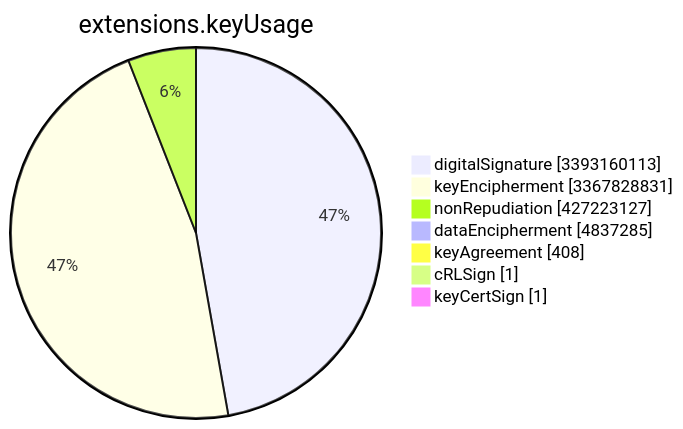
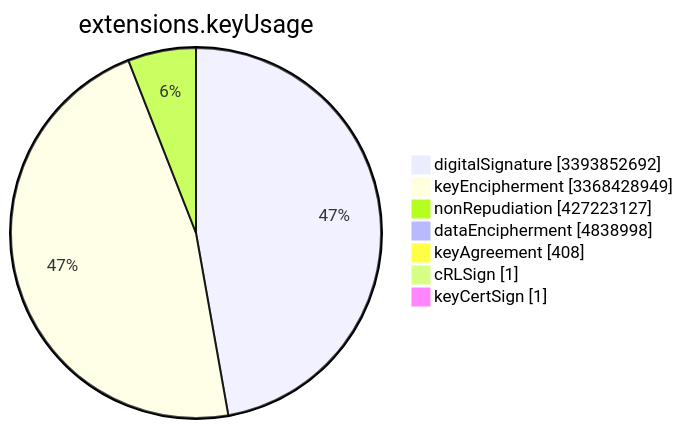
Before and after one commit to christiankrug/ctmonitor_visualization: the sixth of 15 diagrams in TOTAL/README.md, drawn with Mermaid. The commit also changed other lines of this file, not shown here.

````diff
--- a/TOTAL/README.md
+++ b/TOTAL/README.md
@@ -3081,11 +3081,11 @@
 ```mermaid
 pie showData
 title extensions.keyUsage
-"digitalSignature" :3393160113
-"keyEncipherment" :3367828831
+"digitalSignature" :3393852692
+"keyEncipherment" :3368428949
 "nonRepudiation" :427223127
-"dataEncipherment" :4837285
+"dataEncipherment" :4838998
 "keyAgreement" :408
 "cRLSign" :1
 "keyCertSign" :1
 ```
````
